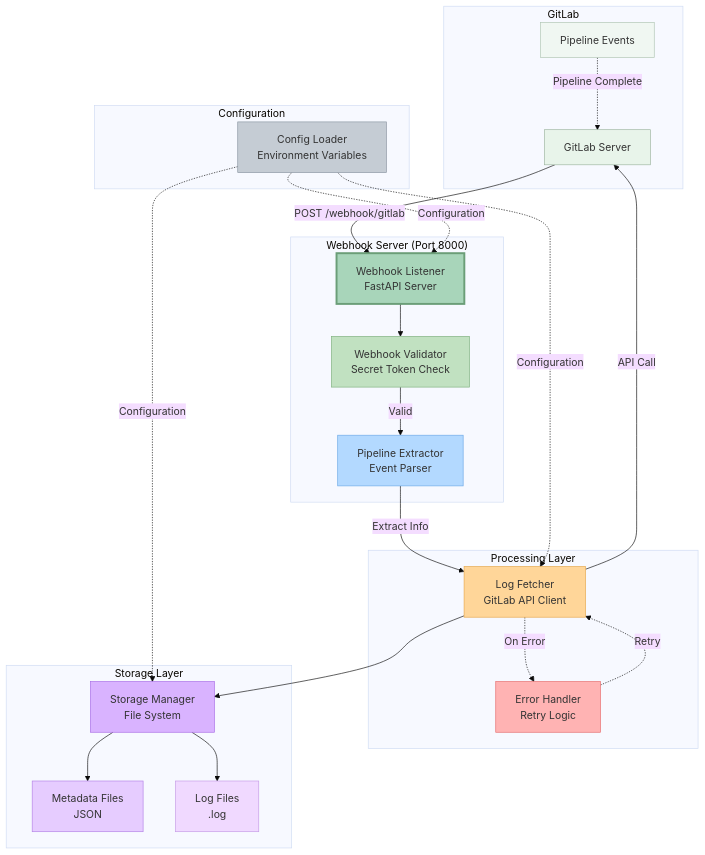
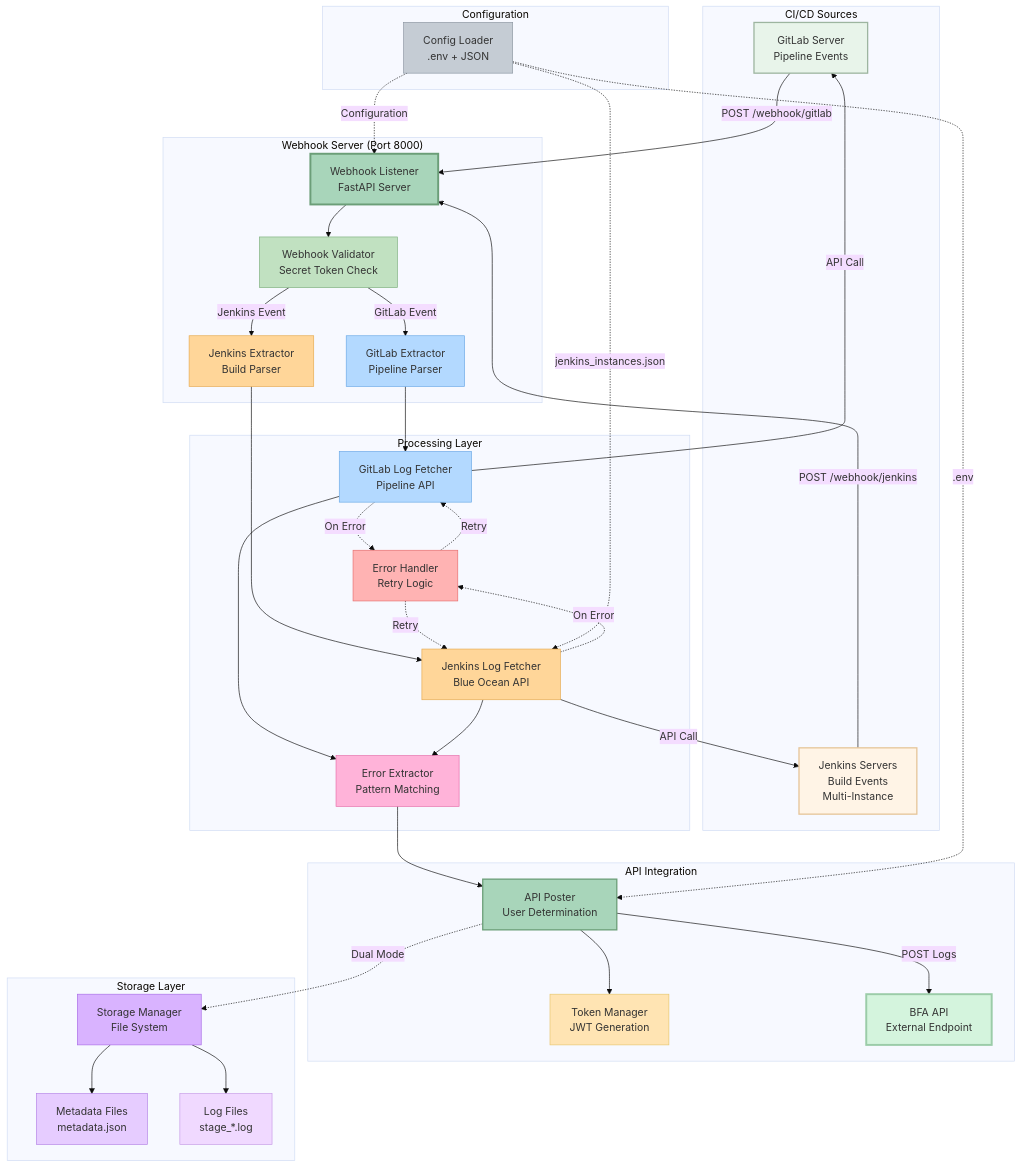
One commit to vigneshpalanivelr/extract-build-logs changed the first of 2 diagrams in README.md. Above: the diagram before and after it, drawn with Mermaid (base theme).

Commit message:
Update README System Architecture Diagram with Jenkins and BFA API
Changes to System Architecture Diagram:
1. Moved GitLab and Jenkins to top as "CI/CD Sources" subgraph
2. Added Jenkins integration components:
   - Jenkins Servers (Build Events, Multi-Instance)
   - Jenkins Extractor (Build Parser)
   - Jenkins Log Fetcher (Blue Ocean API)
3. Added API Integration layer:
   - API Poster (User Determination)
   - Token Manager (JWT Generation)
   - BFA API (External Endpoint) with POST Logs flow
4. Added Error Extractor component for pattern matching
5. Updated configuration to show jenkins_instances.json
6. Show dual mode storage (API + optional file storage)
7. Color-coded BFA API with highlighted border for visibility

The diagram now shows the complete flow from CI/CD sources → Webhook →
Processing → API Integration → BFA API, with optional file storage.

````diff
--- a/README.md
+++ b/README.md
@@ -66,55 +66,88 @@
 ```mermaid
 graph TB
-    subgraph "GitLab"
-        GL[GitLab Server]
-        PIPE[Pipeline Events]
+    subgraph "CI/CD Sources"
+        GL[GitLab Server<br/>Pipeline Events]
+        JK[Jenkins Servers<br/>Build Events<br/>Multi-Instance]
     end
 
     subgraph "Webhook Server (Port 8000)"
         WH[Webhook Listener<br/>FastAPI Server]
         VAL[Webhook Validator<br/>Secret Token Check]
-        PARSE[Pipeline Extractor<br/>Event Parser]
+        GLPARSE[GitLab Extractor<br/>Pipeline Parser]
+        JKPARSE[Jenkins Extractor<br/>Build Parser]
     end
 
     subgraph "Processing Layer"
-        FETCH[Log Fetcher<br/>GitLab API Client]
+        GLFETCH[GitLab Log Fetcher<br/>Pipeline API]
+        JKFETCH[Jenkins Log Fetcher<br/>Blue Ocean API]
+        ERREXT[Error Extractor<br/>Pattern Matching]
         RETRY[Error Handler<br/>Retry Logic]
+    end
+
+    subgraph "API Integration"
+        APIPOSTER[API Poster<br/>User Determination]
+        TOKENMGR[Token Manager<br/>JWT Generation]
+        BFA[BFA API<br/>External Endpoint]
     end
 
     subgraph "Storage Layer"
         STORE[Storage Manager<br/>File System]
-        META[Metadata Files<br/>JSON]
-        LOGS[Log Files<br/>.log]
+        META[Metadata Files<br/>metadata.json]
+        LOGS[Log Files<br/>stage_*.log]
     end
 
     subgraph "Configuration"
-        CONFIG[Config Loader<br/>Environment Variables]
+        CONFIG[Config Loader<br/>.env + JSON]
     end
 
     GL -->|POST /webhook/gitlab| WH
-    PIPE -.->|Pipeline Complete| GL
+    JK -->|POST /webhook/jenkins| WH
+
     WH --> VAL
-    VAL -->|Valid| PARSE
-    PARSE -->|Extract Info| FETCH
-    FETCH -->|API Call| GL
-    FETCH -.->|On Error| RETRY
-    RETRY -.->|Retry| FETCH
-    FETCH --> STORE
+    VAL -->|GitLab Event| GLPARSE
+    VAL -->|Jenkins Event| JKPARSE
+
+    GLPARSE --> GLFETCH
+    JKPARSE --> JKFETCH
+
+    GLFETCH -->|API Call| GL
+    JKFETCH -->|API Call| JK
+
+    GLFETCH -.->|On Error| RETRY
+    JKFETCH -.->|On Error| RETRY
+    RETRY -.->|Retry| GLFETCH
+    RETRY -.->|Retry| JKFETCH
+
+    GLFETCH --> ERREXT
+    JKFETCH --> ERREXT
+
+    ERREXT --> APIPOSTER
+    APIPOSTER --> TOKENMGR
+    APIPOSTER -->|POST Logs| BFA
+
+    APIPOSTER -.->|Dual Mode| STORE
     STORE --> META
     STORE --> LOGS
+
     CONFIG -.->|Configuration| WH
-    CONFIG -.->|Configuration| FETCH
-    CONFIG -.->|Configuration| STORE
+    CONFIG -.->|jenkins_instances.json| JKFETCH
+    CONFIG -.->|.env| APIPOSTER
 
+    style GL fill:#e8f4ea,stroke:#9db5a0,stroke-width:2px
+    style JK fill:#fff4e6,stroke:#e6c599,stroke-width:2px
     style WH fill:#a8d5ba,stroke:#6b9e78,stroke-width:3px
     style VAL fill:#c1e1c1,stroke:#7eb07e
-    style PARSE fill:#b3d9ff,stroke:#6ba8e6
-    style FETCH fill:#ffd699,stroke:#e6a84d
+    style GLPARSE fill:#b3d9ff,stroke:#6ba8e6
+    style JKPARSE fill:#ffd699,stroke:#e6a84d
+    style GLFETCH fill:#b3d9ff,stroke:#6ba8e6
+    style JKFETCH fill:#ffd699,stroke:#e6a84d
+    style ERREXT fill:#ffb3d9,stroke:#e66ba8
     style RETRY fill:#ffb3b3,stroke:#e66b6b
+    style APIPOSTER fill:#a8d5ba,stroke:#6b9e78,stroke-width:2px
+    style TOKENMGR fill:#ffe4b3,stroke:#e6c56b
+    style BFA fill:#d4f4dd,stroke:#9bcca8,stroke-width:3px
     style STORE fill:#d9b3ff,stroke:#a86be6
     style META fill:#e6ccff,stroke:#b380e6
     style LOGS fill:#f0d9ff,stroke:#c699e6
     style CONFIG fill:#c5ccd4,stroke:#8b95a1
-    style GL fill:#e8f4ea,stroke:#9db5a0
-    style PIPE fill:#f0f7f2,stroke:#b0c5b3
 ```
````
